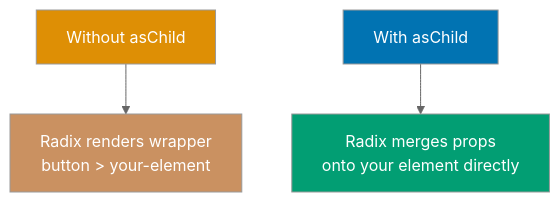
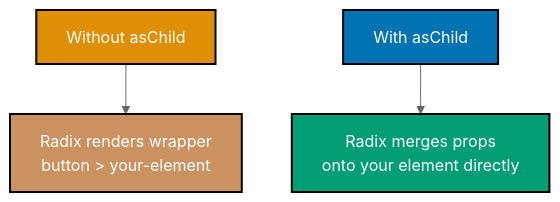
Before and after one commit to wahidyankf/open-sharia-enterprise: the second of 5 diagrams in apps/ayokoding-web/content/en/learn/software-engineering/platform-web/tools/fe-radix-ui/by-example/beginner.md, drawn with Mermaid (neutral theme). The commit also changed other lines of this file and 13 other files, not shown here.

````diff
--- a/apps/ayokoding-web/content/en/learn/software-engineering/platform-web/tools/fe-radix-ui/by-example/beginner.md
+++ b/apps/ayokoding-web/content/en/learn/software-engineering/platform-web/tools/fe-radix-ui/by-example/beginner.md
@@ -102,11 +102,11 @@
 ```mermaid
 %% Color Palette: Blue #0173B2, Orange #DE8F05, Teal #029E73, Purple #CC78BC, Brown #CA9161
 graph TD
     Without["Without asChild"] --> Wrapper["Radix renders wrapper<br/>button > your-element"]
     With["With asChild"] --> Merged["Radix merges props<br/>onto your element directly"]
 
-    style Without fill:#DE8F05,color:#fff
-    style Wrapper fill:#CA9161,color:#fff
-    style With fill:#0173B2,color:#fff
-    style Merged fill:#029E73,color:#fff
+    style Without fill:#DE8F05,stroke:#000000,stroke-width:2px,color:#fff
+    style Wrapper fill:#CA9161,stroke:#000000,stroke-width:2px,color:#fff
+    style With fill:#0173B2,stroke:#000000,stroke-width:2px,color:#fff
+    style Merged fill:#029E73,stroke:#000000,stroke-width:2px,color:#fff
 ```
````
